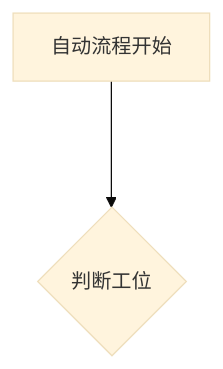
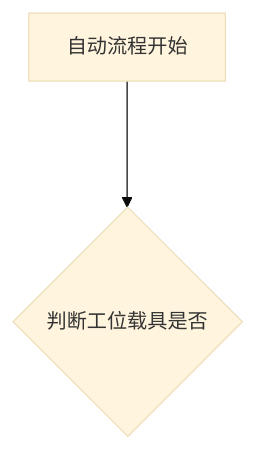
The diagram in all/OP70工位2短回流工位.md (zmq000/iodraw-files), drawn with Mermaid (base theme) before and after one commit.

Commit message:
2026-06-17 15:49:53 update

````diff
--- a/all/OP70工位2短回流工位.md
+++ b/all/OP70工位2短回流工位.md
@@ -1,6 +1,6 @@
 ```mermaid
 graph TD
 自动流程开始--->
-10{判断工位}
+10{判断工位载具是否}
   
 ```
````
